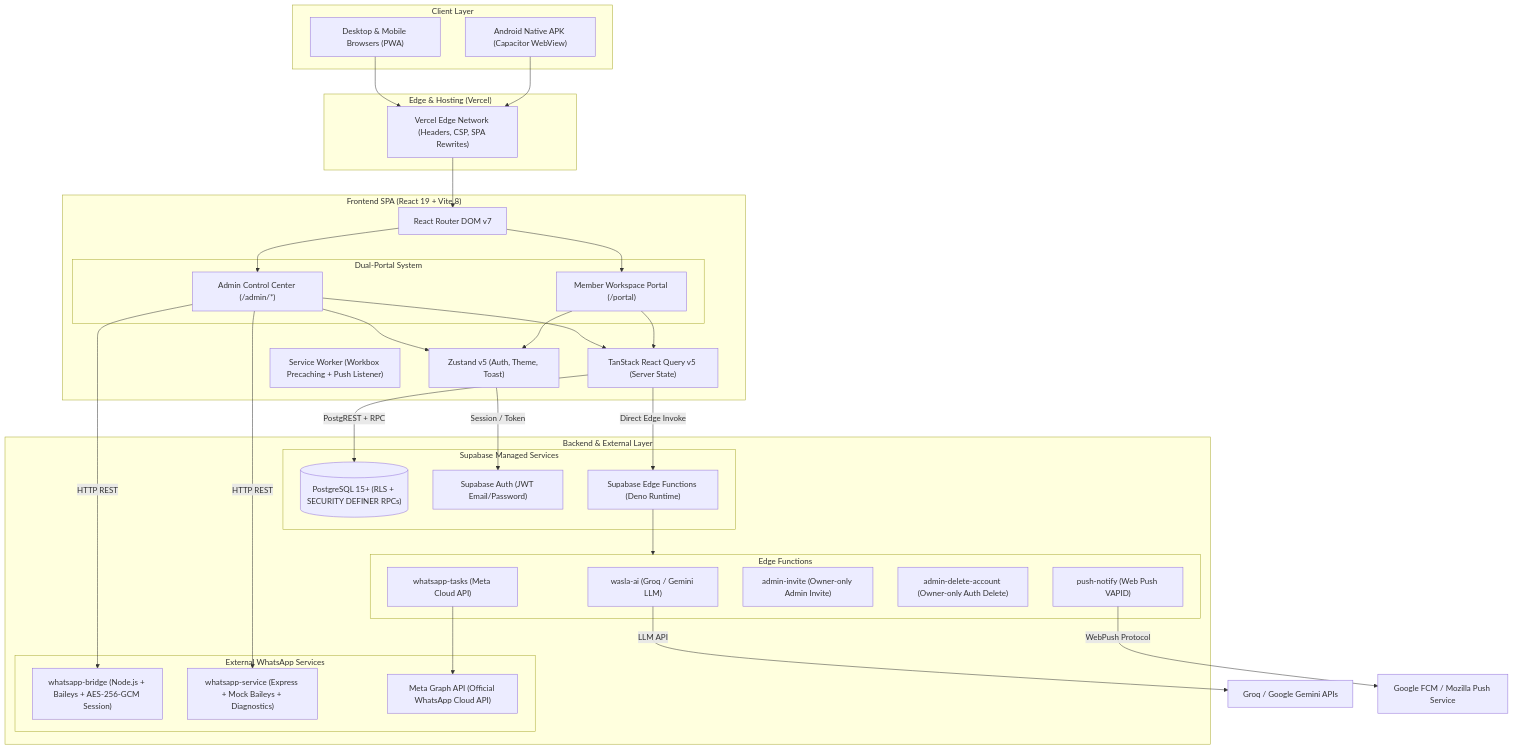
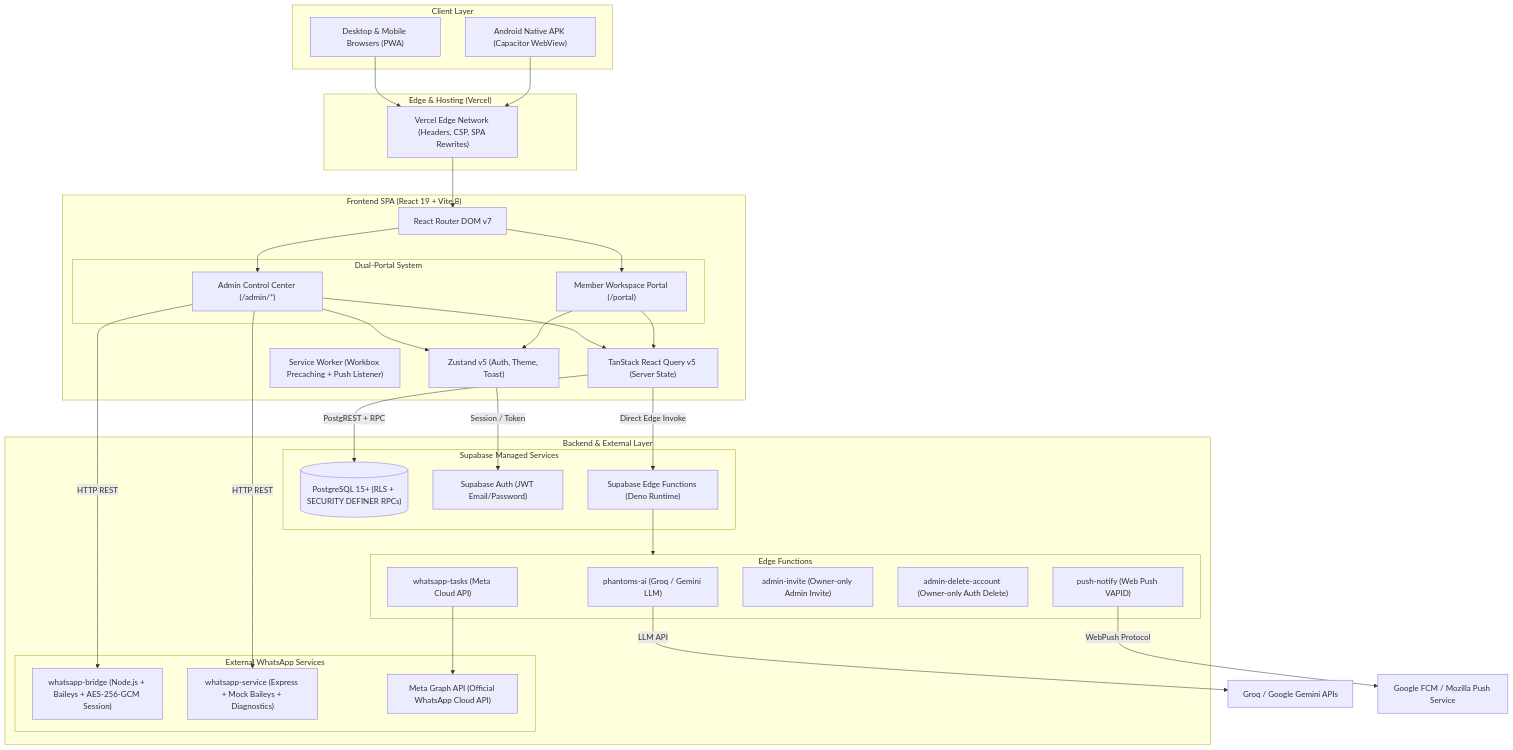
Before and after one commit to TheSeifDev/dashboard-phantoms: the first of 2 diagrams in audit/reports/PHANTOMS_FULL_AUDIT.md, drawn with Mermaid. The commit also changed other lines of this file and 74 other files, not shown here.

````diff
--- a/audit/reports/PHANTOMS_FULL_AUDIT.md
+++ b/audit/reports/PHANTOMS_FULL_AUDIT.md
@@ -99,65 +99,65 @@
 ```mermaid
 flowchart TD
     subgraph Clients["Client Layer"]
         Browser["Desktop & Mobile Browsers (PWA)"]
         AndroidApp["Android Native APK (Capacitor WebView)"]
     end
 
     subgraph CDN["Edge & Hosting (Vercel)"]
         VercelCDN["Vercel Edge Network (Headers, CSP, SPA Rewrites)"]
     end
 
     subgraph FrontendSPA["Frontend SPA (React 19 + Vite 8)"]
         Router["React Router DOM v7"]
         subgraph Portals["Dual-Portal System"]
             AdminPortal["Admin Control Center (/admin/*)"]
             MemberPortal["Member Workspace Portal (/portal)"]
         end
         StateMgmt["Zustand v5 (Auth, Theme, Toast)"]
         QueryCache["TanStack React Query v5 (Server State)"]
         SW["Service Worker (Workbox Precaching + Push Listener)"]
     end
 
     subgraph BackendServices["Backend & External Layer"]
         subgraph SupabasePlatform["Supabase Managed Services"]
             PostgreSQL[("PostgreSQL 15+ (RLS + SECURITY DEFINER RPCs)")]
             SupabaseAuth["Supabase Auth (JWT Email/Password)"]
             EdgeFuncs["Supabase Edge Functions (Deno Runtime)"]
         end
         
         subgraph EdgeFunctionsList["Edge Functions"]
-            FnAI["wasla-ai (Groq / Gemini LLM)"]
+            FnAI["phantoms-ai (Groq / Gemini LLM)"]
             FnPush["push-notify (Web Push VAPID)"]
             FnInvite["admin-invite (Owner-only Admin Invite)"]
             FnDelAcc["admin-delete-account (Owner-only Auth Delete)"]
             FnWA["whatsapp-tasks (Meta Cloud API)"]
         end
 
         subgraph WhatsAppBridgeService["External WhatsApp Services"]
             WABridge["whatsapp-bridge (Node.js + Baileys + AES-256-GCM Session)"]
             WAService["whatsapp-service (Express + Mock Baileys + Diagnostics)"]
             MetaCloudAPI["Meta Graph API (Official WhatsApp Cloud API)"]
         end
     end
 
     Browser --> VercelCDN
     AndroidApp --> VercelCDN
     VercelCDN --> Router
     Router --> AdminPortal
     Router --> MemberPortal
     AdminPortal --> StateMgmt
     MemberPortal --> StateMgmt
     AdminPortal --> QueryCache
     MemberPortal --> QueryCache
     
     QueryCache -->|PostgREST + RPC| PostgreSQL
     StateMgmt -->|Session / Token| SupabaseAuth
     QueryCache -->|Direct Edge Invoke| EdgeFuncs
     EdgeFuncs --> EdgeFunctionsList
     
     AdminPortal -->|HTTP REST| WABridge
     AdminPortal -->|HTTP REST| WAService
     FnWA --> MetaCloudAPI
     FnAI -->|LLM API| ExternalLLM["Groq / Google Gemini APIs"]
     FnPush -->|WebPush Protocol| PushServices["Google FCM / Mozilla Push Service"]
 ```
````
